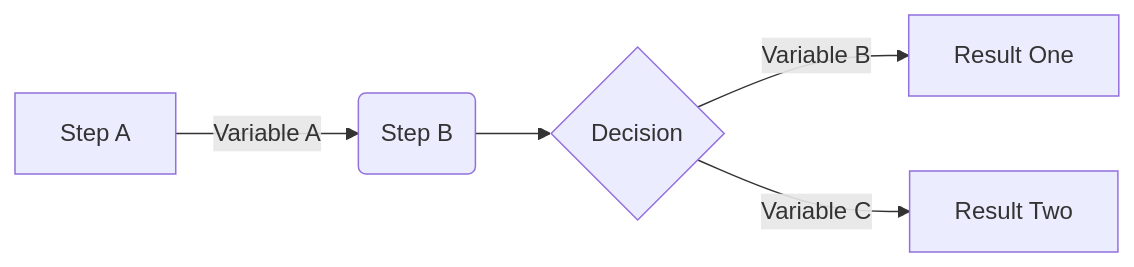
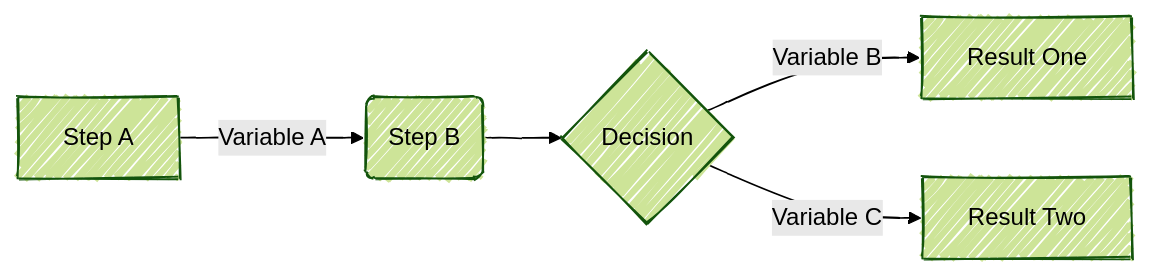
The diagram in docs/markdown/documentation-guidelines.md (MercuryBridge/msp-handbook), drawn with Mermaid before and after one commit. The commit also changed other lines of this file, not shown here.

Commit message:
update config

````diff
--- a/docs/markdown/documentation-guidelines.md
+++ b/docs/markdown/documentation-guidelines.md
@@ -34,7 +39,12 @@
   ```mermaid
+  ---
+  config:
+    look: handDrawn
+    theme: forest
+  ---
   flowchart LR
       A[Step A] -->|Variable A| B(Step B)
       B --> C{Decision}
       C -->|Variable B| D[Result One]
       C -->|Variable C| E[Result Two]
   ```
````
